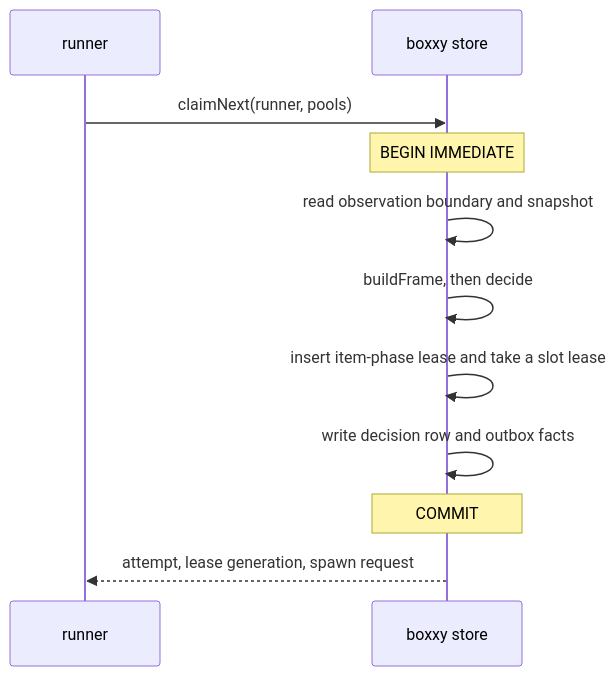
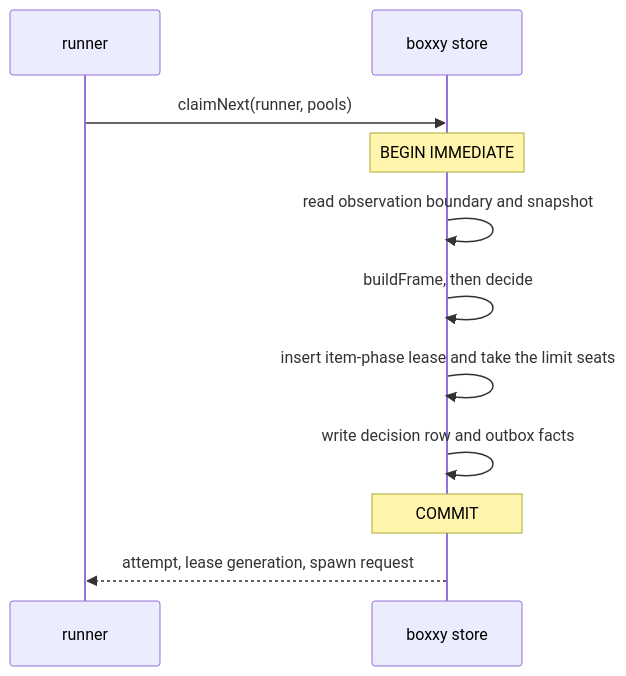
One commit to zgeoff/boxxy changed the diagram in docs/design/boxxy/dispatch.md. Above: the diagram before and after it, drawn with Mermaid. The commit also changed other lines of this file and 8 other files, not shown here.

````diff
--- a/docs/design/boxxy/dispatch.md
+++ b/docs/design/boxxy/dispatch.md
@@ -12,13 +12,13 @@
 ```mermaid
 sequenceDiagram
   participant R as runner
   participant S as boxxy store
   R->>S: claimNext(runner, pools)
   Note over S: BEGIN IMMEDIATE
   S->>S: read observation boundary and snapshot
   S->>S: buildFrame, then decide
-  S->>S: insert item-phase lease and take a slot lease
+  S->>S: insert item-phase lease and take the limit seats
   S->>S: write decision row and outbox facts
   Note over S: COMMIT
   S-->>R: attempt, lease generation, spawn request
 ```
````
